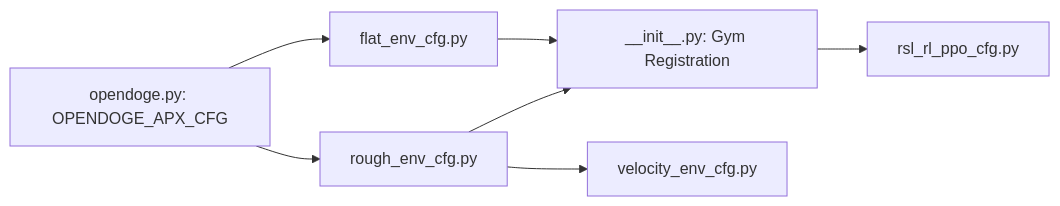
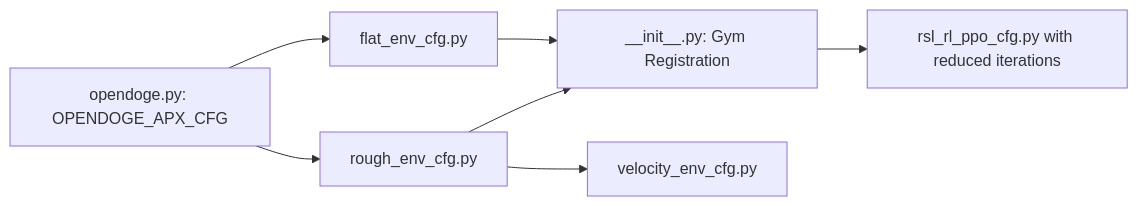
One commit to jayjayhust/robot_lab changed the sixth of 6 diagrams in .qoder/repowiki/en/content/Robot Categories and Models/Quadruped Robots/OpenDoge APX Quadruped.md. Above: the diagram before and after it, drawn with Mermaid. The commit also changed other lines of this file and 27 other files, not shown here.

````diff
--- a/.qoder/repowiki/en/content/Robot Categories and Models/Quadruped Robots/OpenDoge APX Quadruped.md
+++ b/.qoder/repowiki/en/content/Robot Categories and Models/Quadruped Robots/OpenDoge APX Quadruped.md
@@ -288,9 +305,9 @@
 ```mermaid
 graph LR
 OP["opendoge.py: OPENDOGE_APX_CFG"] --> RC["rough_env_cfg.py"]
 OP --> FC["flat_env_cfg.py"]
 RC --> REG["__init__.py: Gym Registration"]
 FC --> REG
 RC --> BASE["velocity_env_cfg.py"]
-REG --> RUN["rsl_rl_ppo_cfg.py"]
+REG --> RUN["rsl_rl_ppo_cfg.py with reduced iterations"]
 ```
````
